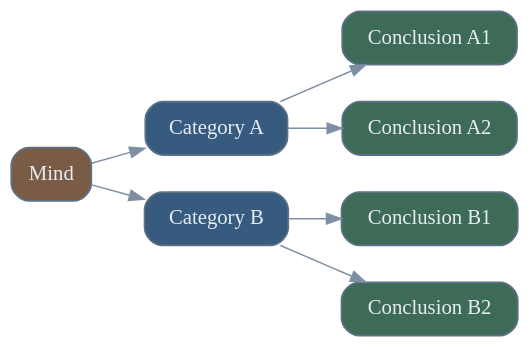
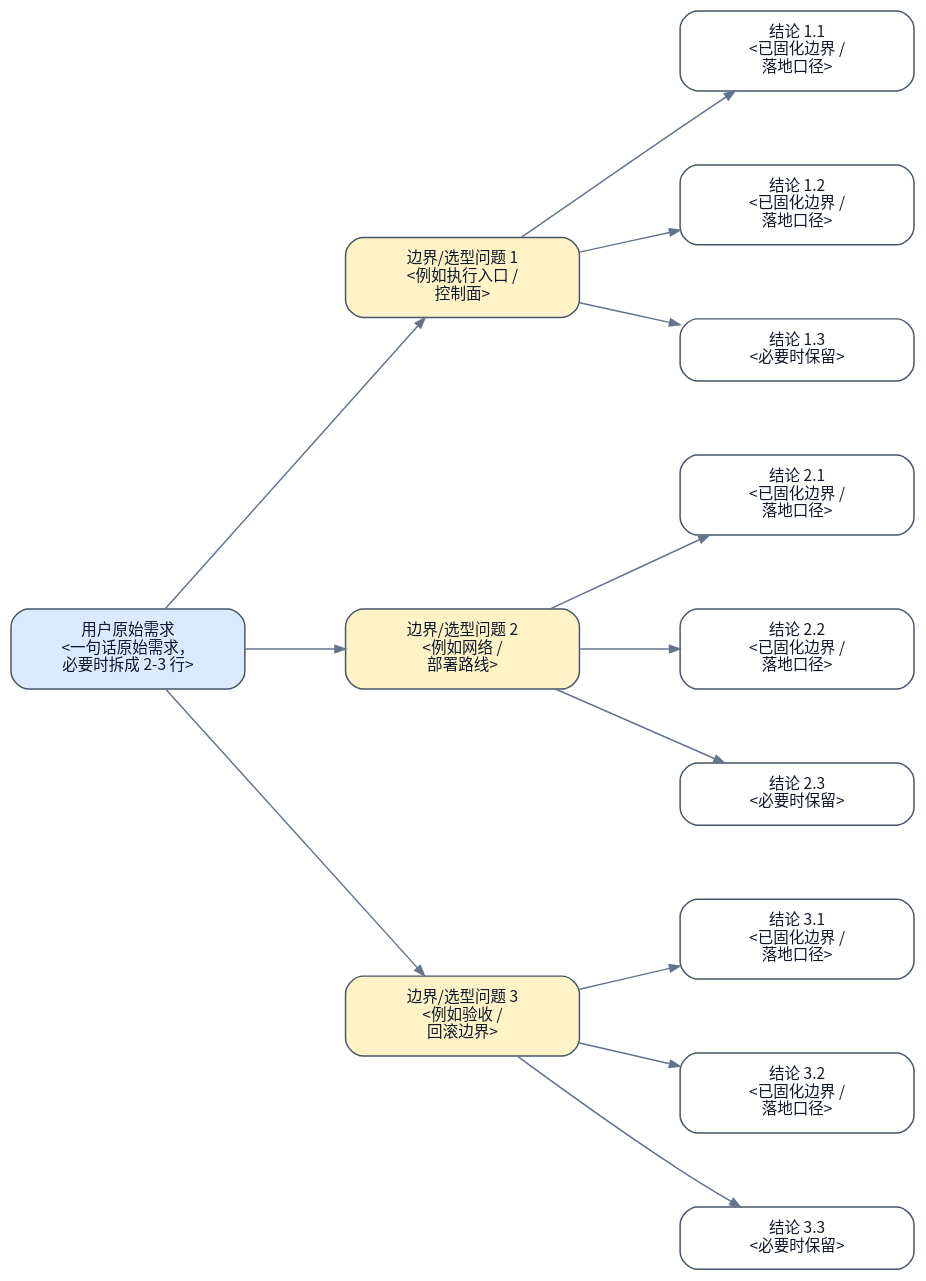
Before and after one commit to terencefan/inority-workspace: the third of 3 diagrams in skills/runbook/references/runbook-template.md, drawn with Graphviz. The commit also changed other lines of this file and 56 other files, not shown here.

````diff
--- a/skills/runbook/references/runbook-template.md
+++ b/skills/runbook/references/runbook-template.md
@@ -91,23 +86,38 @@
 ```dot
-digraph mindmap {
-  rankdir=LR;
-  graph [bgcolor="transparent", pad="0.2", nodesep="0.35", ranksep="0.5"];
-  node [shape=box, style="rounded,filled", color="#5D7086", fontcolor="#E6EDF3", penwidth=1.2];
-  edge [color="#7F8FA3"];
+digraph runbook_mindmap {
+  graph [rankdir=LR, bgcolor="transparent", pad="0.45", nodesep="0.7", ranksep="0.95", fontname="Noto Sans CJK SC"];
+  node [shape=box, style="rounded,filled", margin="0.18,0.12", width="2.2", fontname="Noto Sans CJK SC", fontsize=10.5, color="#475569", fontcolor="#0f172a"];
+  edge [color="#64748b", arrowsize="0.7"];
 
-  brain [label="Mind", fillcolor="#7A5C46"];
-  category_a [label="Category A", fillcolor="#375A7F"];
-  category_b [label="Category B", fillcolor="#375A7F"];
-  conclusion_a1 [label="Conclusion A1", fillcolor="#3E6B57"];
-  conclusion_a2 [label="Conclusion A2", fillcolor="#3E6B57"];
-  conclusion_b1 [label="Conclusion B1", fillcolor="#3E6B57"];
-  conclusion_b2 [label="Conclusion B2", fillcolor="#3E6B57"];
+  root [label="用户原始需求\n<一句话原始需求，\n必要时拆成 2-3 行>", fillcolor="#dbeafe"];
 
-  brain -> category_a;
-  brain -> category_b;
-  category_a -> conclusion_a1;
-  category_a -> conclusion_a2;
-  category_b -> conclusion_b1;
-  category_b -> conclusion_b2;
+  q1 [label="边界/选型问题 1\n<例如执行入口 /\n控制面>", fillcolor="#fef3c7"];
+  q1a [label="结论 1.1\n<已固化边界 /\n落地口径>", fillcolor="#ffffff"];
+  q1b [label="结论 1.2\n<已固化边界 /\n落地口径>", fillcolor="#ffffff"];
+  q1c [label="结论 1.3\n<必要时保留>", fillcolor="#ffffff"];
+
+  q2 [label="边界/选型问题 2\n<例如网络 /\n部署路线>", fillcolor="#fef3c7"];
+  q2a [label="结论 2.1\n<已固化边界 /\n落地口径>", fillcolor="#ffffff"];
+  q2b [label="结论 2.2\n<已固化边界 /\n落地口径>", fillcolor="#ffffff"];
+  q2c [label="结论 2.3\n<必要时保留>", fillcolor="#ffffff"];
+
+  q3 [label="边界/选型问题 3\n<例如验收 /\n回滚边界>", fillcolor="#fef3c7"];
+  q3a [label="结论 3.1\n<已固化边界 /\n落地口径>", fillcolor="#ffffff"];
+  q3b [label="结论 3.2\n<已固化边界 /\n落地口径>", fillcolor="#ffffff"];
+  q3c [label="结论 3.3\n<必要时保留>", fillcolor="#ffffff"];
+
+  root -> q1;
+  root -> q2;
+  root -> q3;
+
+  q1 -> q1a;
+  q1 -> q1b;
+  q1 -> q1c;
+  q2 -> q2a;
+  q2 -> q2b;
+  q2 -> q2c;
+  q3 -> q3a;
+  q3 -> q3b;
+  q3 -> q3c;
 }
-``` 
+```
````
